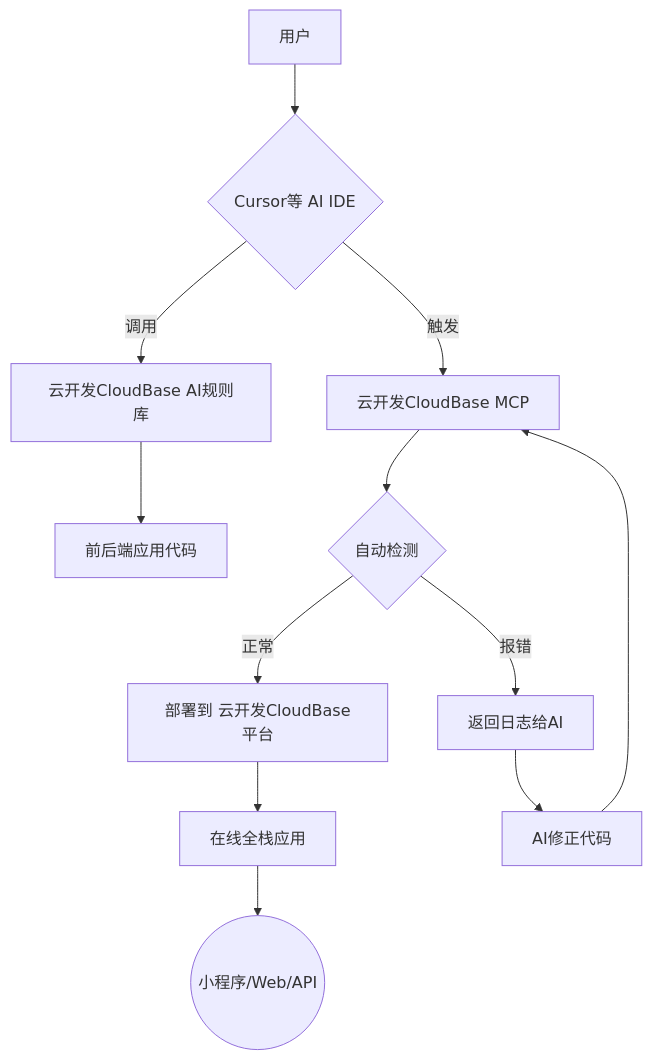
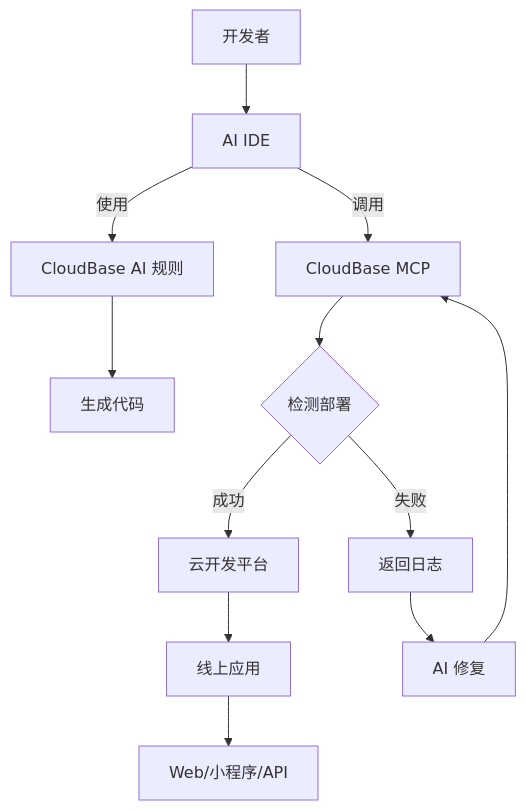
Before and after one commit to i-dream-of-ai/tencent-cloudbase: the diagram in README.md, drawn with Mermaid. The commit also changed other lines of this file and 1 other file, not shown here.

````diff
--- a/README.md
+++ b/README.md
@@ -26,14 +238,14 @@
 ```mermaid
 graph TD
-    A[用户] --> B{ Cursor等 AI IDE}
-    B -->|调用| C[云开发CloudBase AI规则库]
-    C --> D[前后端应用代码]
-    B -->|触发| E[云开发CloudBase MCP]
-    E --> F{自动检测}
-    F -->|正常| G[部署到 云开发CloudBase平台]
-    F -->|报错| H[返回日志给AI]
-    H --> I[AI修正代码]
+    A[开发者] --> B[AI IDE]
+    B -->|使用| C[CloudBase AI 规则]
+    C --> D[生成代码]
+    B -->|调用| E[CloudBase MCP]
+    E --> F{检测部署}
+    F -->|成功| G[云开发平台]
+    F -->|失败| H[返回日志]
+    H --> I[AI 修复]
     I --> E
-    G --> J[在线全栈应用]
-    J --> K((小程序/Web/API))
+    G --> J[线上应用]
+    J --> K[Web/小程序/API]
 ```
````
